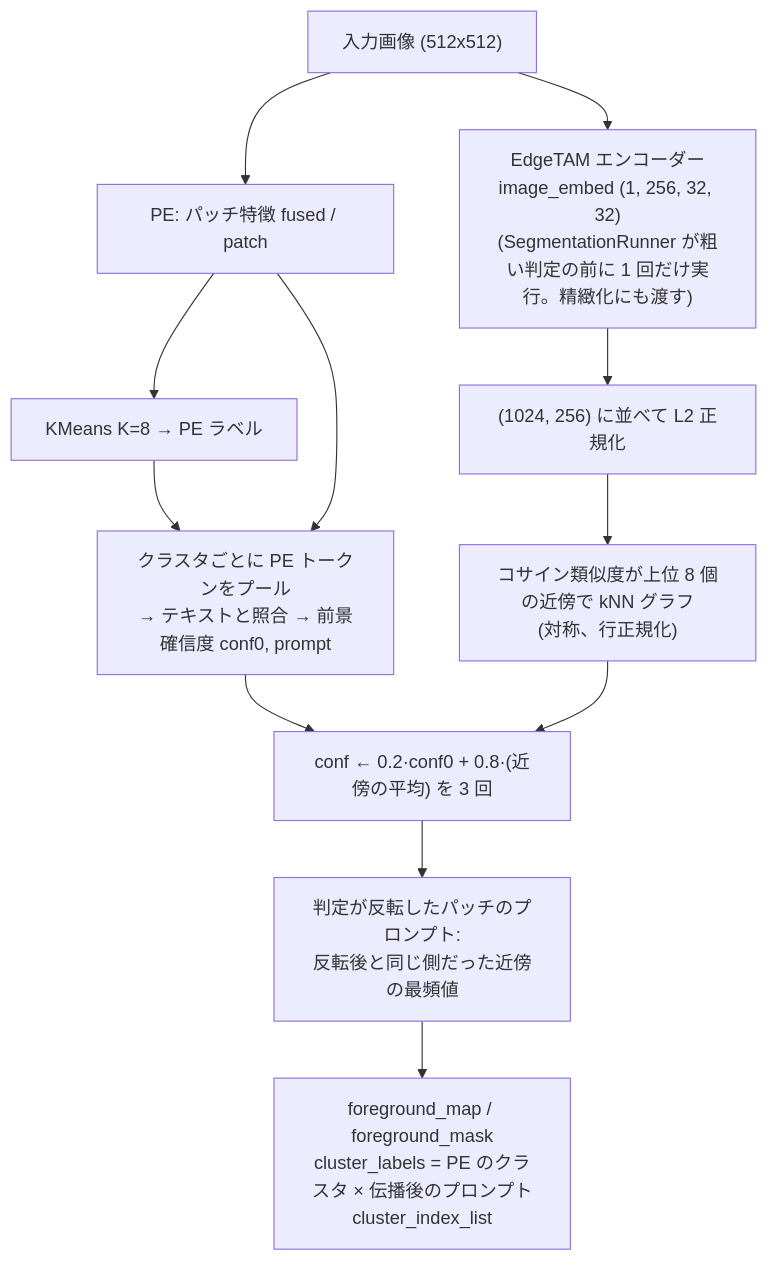
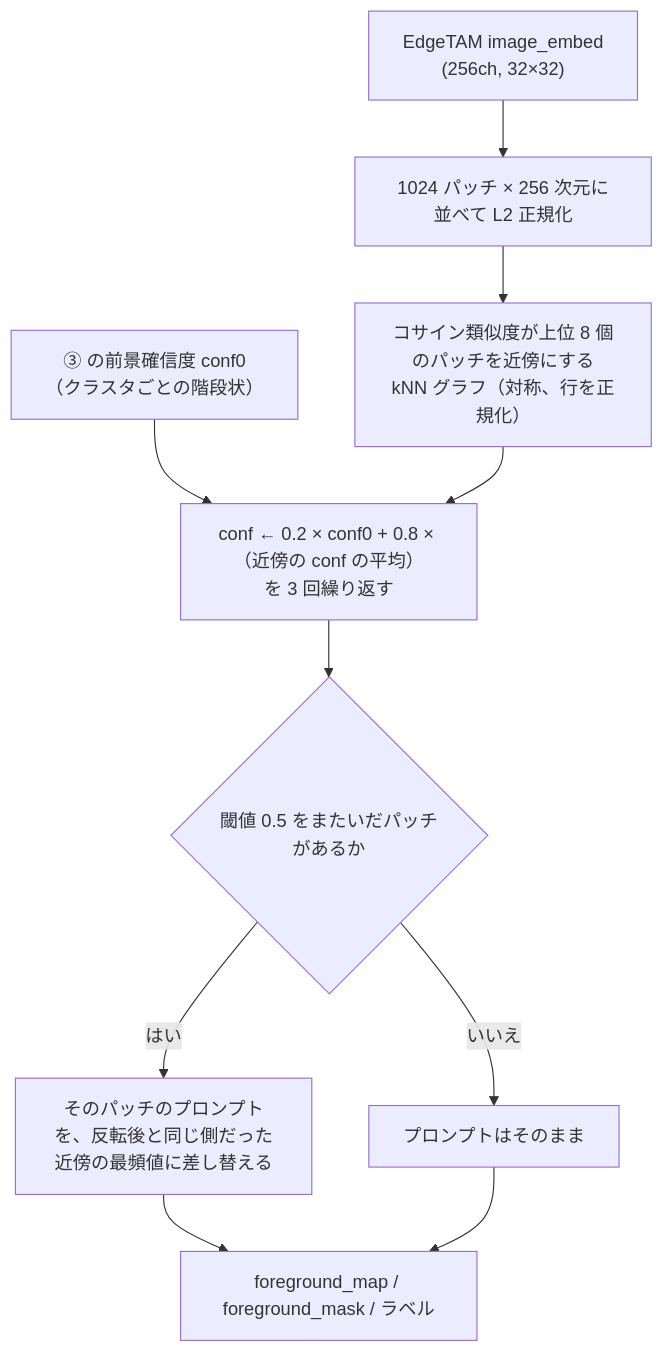
The sixth of 15 diagrams in docs/coarse_segmentation.md (fklg-64/pe_anything_detect), drawn with Mermaid before and after one commit. The commit also changed other lines of this file and 2 other files, not shown here.

````diff
--- a/docs/coarse_segmentation.md
+++ b/docs/coarse_segmentation.md
@@ -135,14 +237,12 @@
 ```mermaid
 flowchart TD
-    IMG["入力画像 (512x512)"] --> PE["PE: パッチ特徴 fused / patch"]
-    IMG --> ET["EdgeTAM エンコーダー<br/>image_embed (1, 256, 32, 32)<br/>(SegmentationRunner が粗い判定の前に 1 回だけ実行。精緻化にも渡す)"]
-    PE --> KP["KMeans K=8 → PE ラベル"]
-    KP --> P1["クラスタごとに PE トークンをプール<br/>→ テキストと照合 → 前景確信度 conf0, prompt"]
-    PE --> P1
-    ET --> EF["(1024, 256) に並べて L2 正規化"]
-    EF --> G["コサイン類似度が上位 8 個の近傍で kNN グラフ<br/>(対称、行正規化)"]
-    P1 --> PR["conf ← 0.2·conf0 + 0.8·(近傍の平均) を 3 回"]
-    G --> PR
-    PR --> FL["判定が反転したパッチのプロンプト:<br/>反転後と同じ側だった近傍の最頻値"]
-    FL --> OUT["foreground_map / foreground_mask<br/>cluster_labels = PE のクラスタ × 伝播後のプロンプト<br/>cluster_index_list"]
+    EM["EdgeTAM image_embed<br/>(256ch, 32×32)"] --> V["1024 パッチ × 256 次元に並べて L2 正規化"]
+    V --> G["コサイン類似度が上位 8 個のパッチを近傍にする<br/>kNN グラフ（対称、行を正規化）"]
+    C0["③ の前景確信度 conf0<br/>（クラスタごとの階段状）"] --> IT
+    G --> IT["conf ← 0.2 × conf0 + 0.8 × （近傍の conf の平均）<br/>を 3 回繰り返す"]
+    IT --> TH{"閾値 0.5 をまたいだパッチがあるか"}
+    TH -->|はい| PR["そのパッチのプロンプトを、反転後と同じ側だった<br/>近傍の最頻値に差し替える"]
+    TH -->|いいえ| KEEP["プロンプトはそのまま"]
+    PR --> OUT["foreground_map / foreground_mask / ラベル"]
+    KEEP --> OUT
 ```
````
